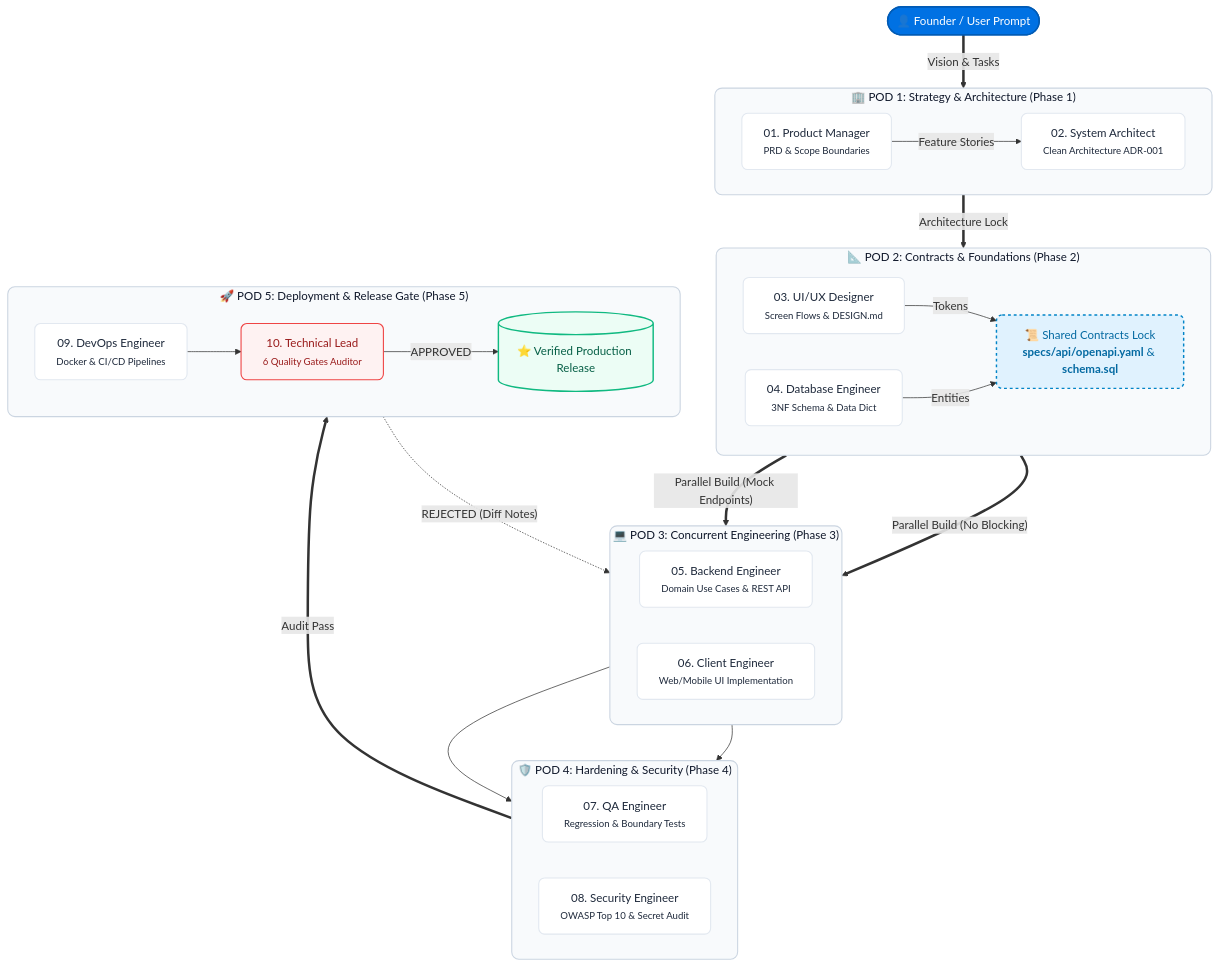
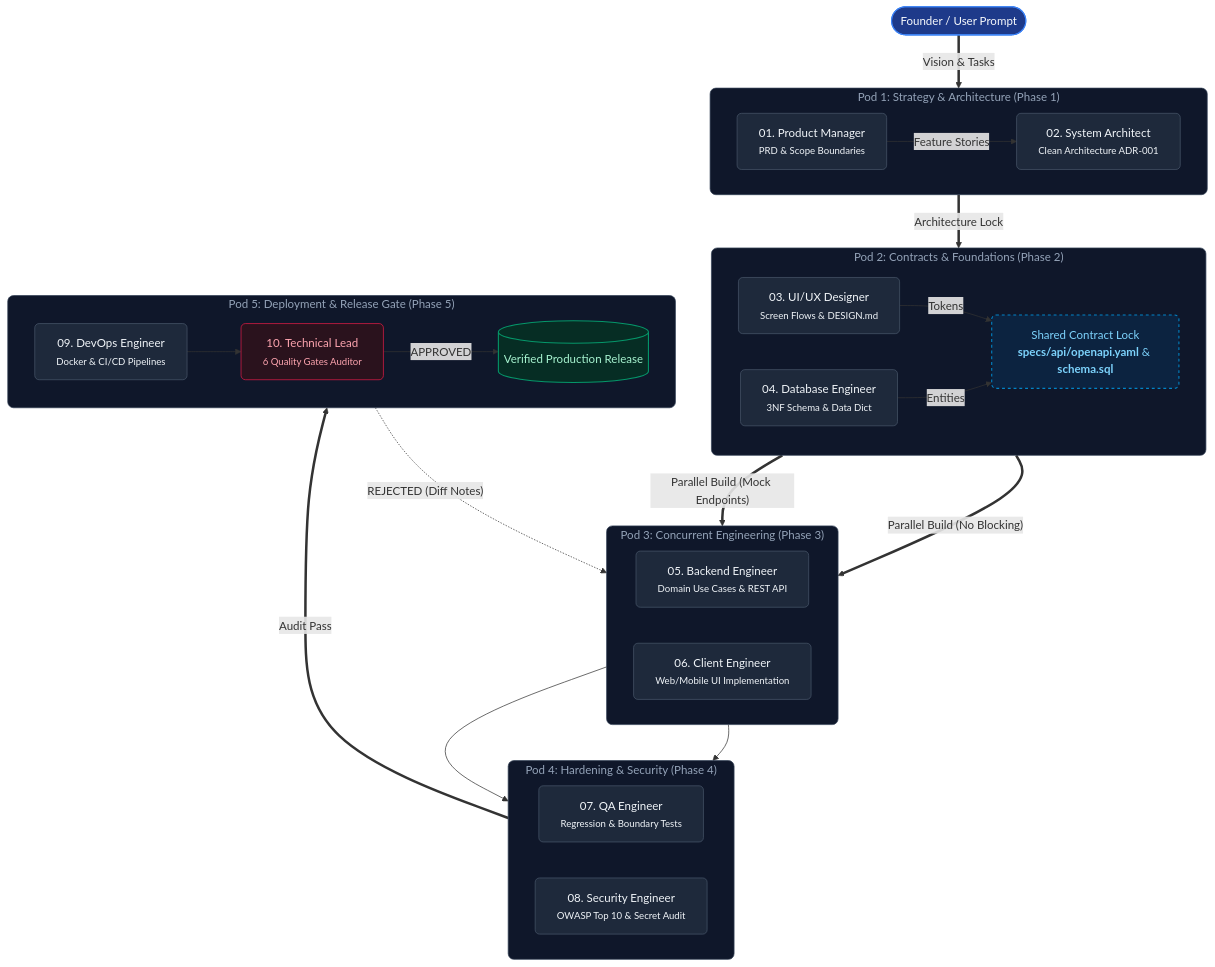
Before and after one commit to KiloMusician/TenAgent: the diagram in README.md, drawn with Mermaid. The commit also changed other lines of this file and 2 other files, not shown here.

Commit message:
add logo and dashboard preview

````diff
--- a/README.md
+++ b/README.md
@@ -42,59 +42,59 @@
 ```mermaid
 flowchart TD
-    classDef podStyle fill:#f8fafc,stroke:#cbd5e1,stroke-width:1.5px,rx:10px,color:#0f172a
-    classDef founderStyle fill:#0071e3,stroke:#005bb5,stroke-width:2px,color:#ffffff,rx:12px
-    classDef contractStyle fill:#e0f2fe,stroke:#0284c7,stroke-width:2px,color:#0369a1,rx:8px,stroke-dasharray: 4 4
-    classDef agentStyle fill:#ffffff,stroke:#e2e8f0,stroke-width:1.5px,rx:8px,color:#1e293b
-    classDef gateStyle fill:#fef2f2,stroke:#ef4444,stroke-width:1.5px,color:#991b1b,rx:8px
-    classDef prodStyle fill:#ecfdf5,stroke:#10b981,stroke-width:2px,color:#065f46,rx:12px
+    classDef podStyle fill:#0f172a,stroke:#334155,stroke-width:1px,rx:8px,color:#94a3b8
+    classDef founderStyle fill:#1e3a8a,stroke:#3b82f6,stroke-width:1.5px,rx:10px,color:#f8fafc
+    classDef contractStyle fill:#0c2340,stroke:#0284c7,stroke-width:1.5px,rx:6px,color:#7dd3fc,stroke-dasharray:4 4
+    classDef agentStyle fill:#1e293b,stroke:#475569,stroke-width:1px,rx:6px,color:#f1f5f9
+    classDef gateStyle fill:#2a121d,stroke:#e11d48,stroke-width:1px,rx:6px,color:#fda4af
+    classDef prodStyle fill:#062d24,stroke:#059669,stroke-width:1.5px,rx:10px,color:#a7f3d0
 
-    Founder(["👤 Founder / User Prompt"]):::founderStyle
+    Founder(["Founder / User Prompt"]):::founderStyle
 
-    subgraph Pod1 ["🏢 POD 1: Strategy & Architecture (Phase 1)"]
+    subgraph Pod1 ["Pod 1: Strategy & Architecture (Phase 1)"]
         direction LR
         PM["01. Product Manager<br/><small>PRD & Scope Boundaries</small>"]:::agentStyle
         Arch["02. System Architect<br/><small>Clean Architecture ADR-001</small>"]:::agentStyle
         PM -->|"Feature Stories"| Arch
     end
 
-    subgraph Pod2 ["📐 POD 2: Contracts & Foundations (Phase 2)"]
+    subgraph Pod2 ["Pod 2: Contracts & Foundations (Phase 2)"]
         direction LR
         Design["03. UI/UX Designer<br/><small>Screen Flows & DESIGN.md</small>"]:::agentStyle
         DBA["04. Database Engineer<br/><small>3NF Schema & Data Dict</small>"]:::agentStyle
-        Contract["📜 Shared Contracts Lock<br/><b>specs/api/openapi.yaml</b> & <b>schema.sql</b>"]:::contractStyle
+        Contract["Shared Contract Lock<br/><b>specs/api/openapi.yaml</b> & <b>schema.sql</b>"]:::contractStyle
         Design -->|"Tokens"| Contract
         DBA -->|"Entities"| Contract
     end
 
-    subgraph Pod3 ["💻 POD 3: Concurrent Engineering (Phase 3)"]
+    subgraph Pod3 ["Pod 3: Concurrent Engineering (Phase 3)"]
         direction LR
         Backend["05. Backend Engineer<br/><small>Domain Use Cases & REST API</small>"]:::agentStyle
         ClientEng["06. Client Engineer<br/><small>Web/Mobile UI Implementation</small>"]:::agentStyle
     end
 
-    subgraph Pod4 ["🛡️ POD 4: Hardening & Security (Phase 4)"]
+    subgraph Pod4 ["Pod 4: Hardening & Security (Phase 4)"]
         direction LR
         QA["07. QA Engineer<br/><small>Regression & Boundary Tests</small>"]:::agentStyle
         Security["08. Security Engineer<br/><small>OWASP Top 10 & Secret Audit</small>"]:::agentStyle
     end
 
-    subgraph Pod5 ["🚀 POD 5: Deployment & Release Gate (Phase 5)"]
+    subgraph Pod5 ["Pod 5: Deployment & Release Gate (Phase 5)"]
         direction LR
         DevOps["09. DevOps Engineer<br/><small>Docker & CI/CD Pipelines</small>"]:::agentStyle
         TechLead["10. Technical Lead<br/><small>6 Quality Gates Auditor</small>"]:::gateStyle
-        Production[("⭐ Verified Production Release")]:::prodStyle
+        Production[("Verified Production Release")]:::prodStyle
     end
 
     Founder ==>|"Vision & Tasks"| Pod1
     Pod1 ==>|"Architecture Lock"| Pod2
     Contract ==>|"Parallel Build (No Blocking)"| Backend
     Contract ==>|"Parallel Build (Mock Endpoints)"| ClientEng
     Backend --> Pod4
     ClientEng --> Pod4
     Pod4 ==>|"Audit Pass"| DevOps
     DevOps --> TechLead
     TechLead -->|"APPROVED"| Production
     TechLead -.->|"REJECTED (Diff Notes)"| Backend
 
     class Pod1,Pod2,Pod3,Pod4,Pod5 podStyle
 ```
````
